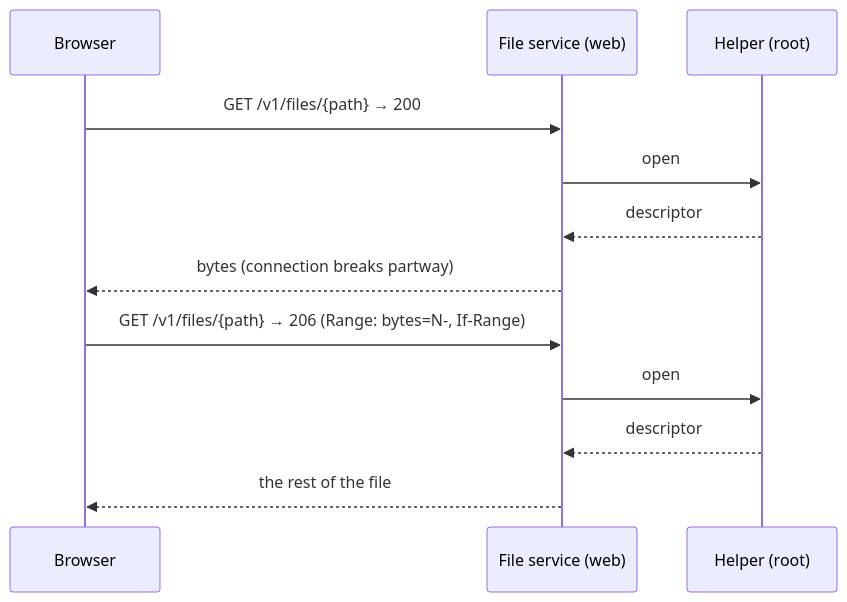
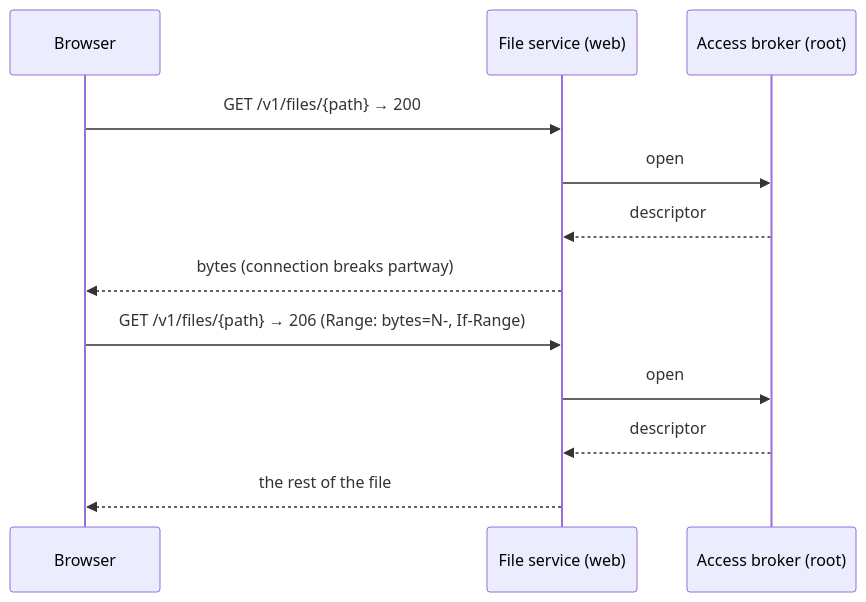
The second of 5 diagrams in docs/diagrams/posix-sequences.md (pmahon3/Data-Portal), drawn with Mermaid before and after one commit. The commit also changed other lines of this file and 30 other files, not shown here.

First line of the commit message:
refactor(posix): name the modes for who reads the files; the helper is the access broker

````diff
--- a/docs/diagrams/posix-sequences.md
+++ b/docs/diagrams/posix-sequences.md
@@ -42,17 +42,17 @@
 ```mermaid
 %% check: resume
 sequenceDiagram
     participant Browser
     participant FileService as File service (web)
-    participant Helper as Helper (root)
+    participant Broker as Access broker (root)
 
     Browser->>FileService: GET /v1/files/{path} → 200
-    FileService->>Helper: open
-    Helper-->>FileService: descriptor
+    FileService->>Broker: open
+    Broker-->>FileService: descriptor
     FileService-->>Browser: bytes (connection breaks partway)
 
     Browser->>FileService: GET /v1/files/{path} → 206 (Range: bytes=N-, If-Range)
-    FileService->>Helper: open
-    Helper-->>FileService: descriptor
+    FileService->>Broker: open
+    Broker-->>FileService: descriptor
     FileService-->>Browser: the rest of the file
 ```
````
